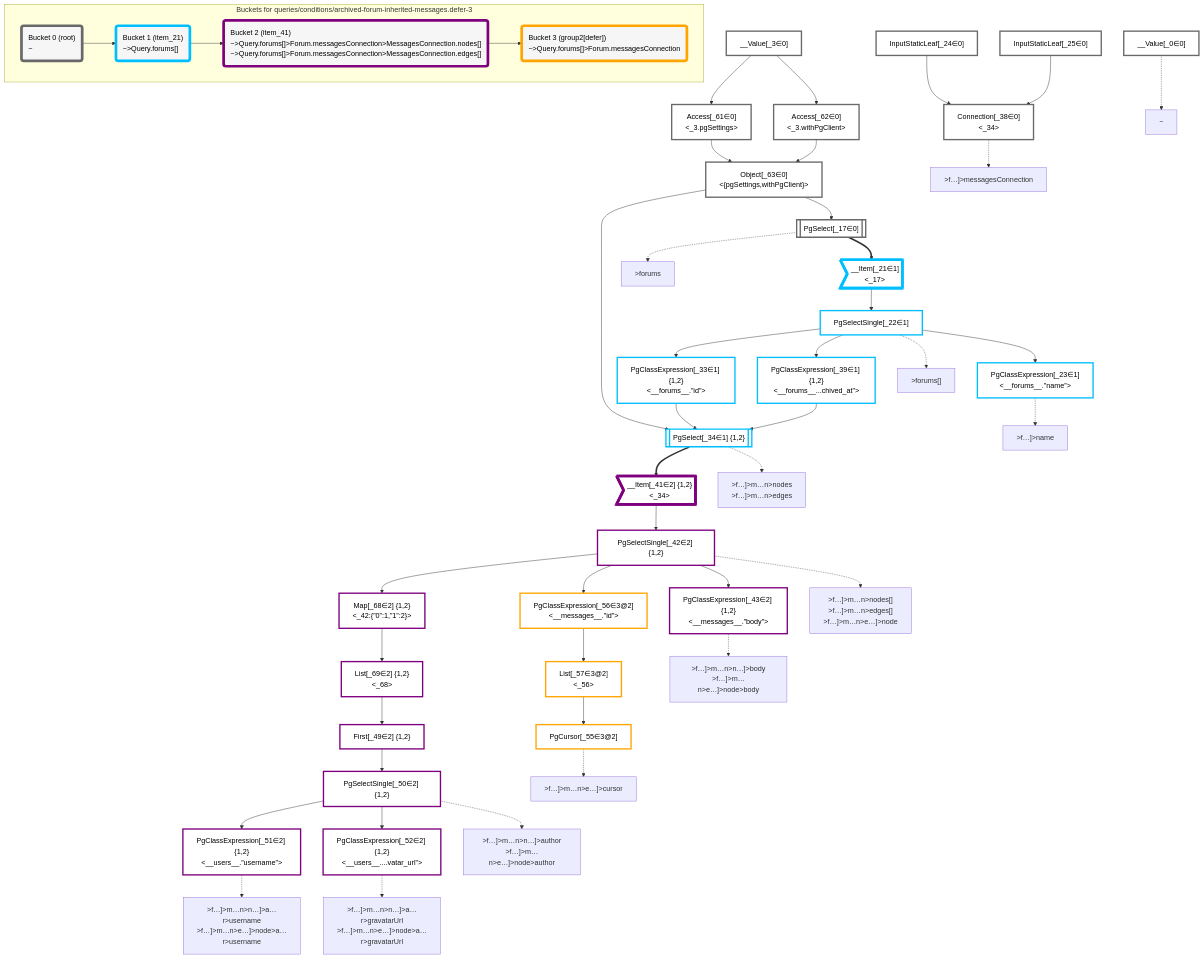
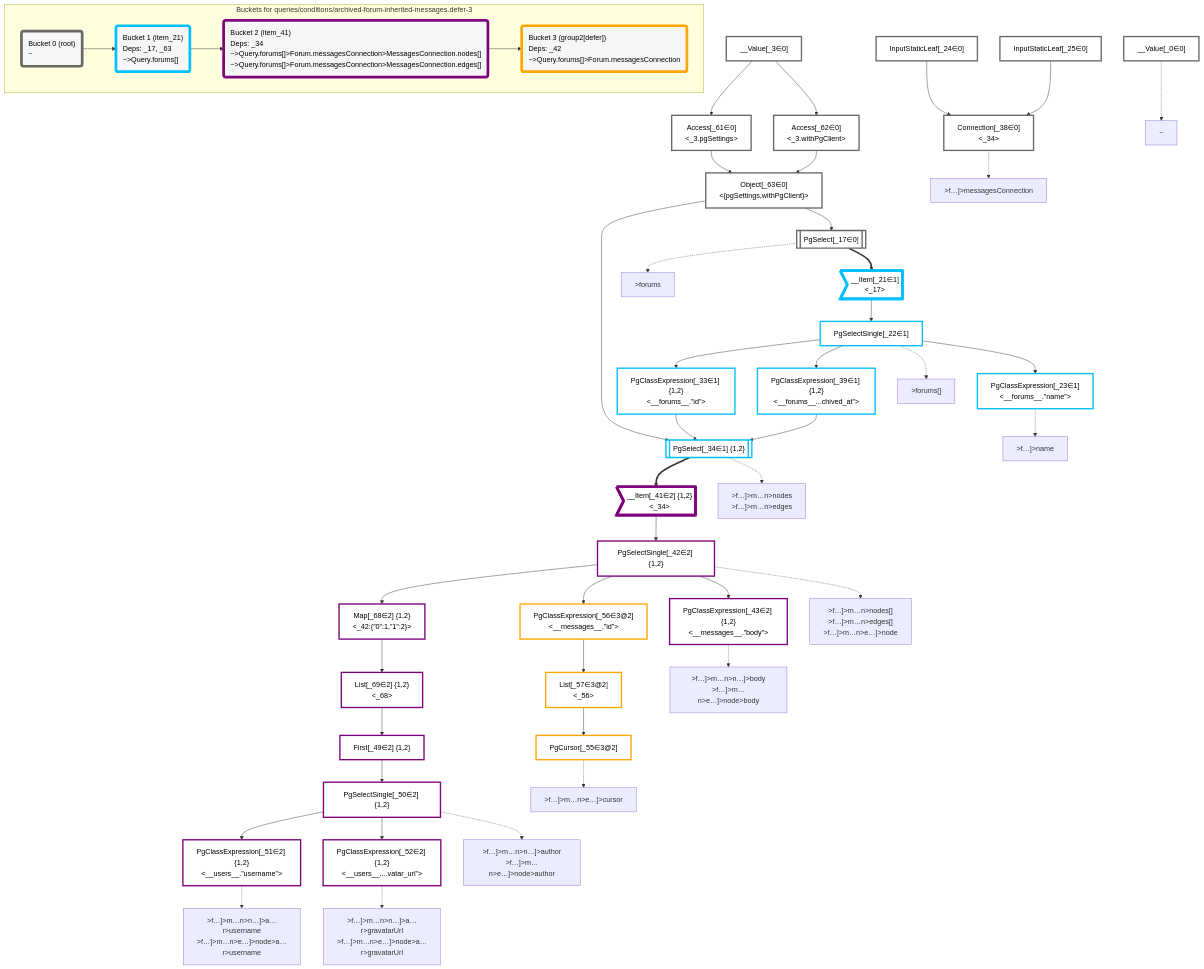
One commit to graphile/crystal changed the diagram in packages/dataplan-pg/__tests__/queries/conditions/archived-forum-inherited-messages.defer-3.mermaid.md. Above: the diagram before and after it, drawn with Mermaid. The commit also changed 157 other files, not shown here.

Commit message:
Add deps to all query snapshots

```diff
--- a/packages/dataplan-pg/__tests__/queries/conditions/archived-forum-inherited-messages.defer-3.mermaid.md
+++ b/packages/dataplan-pg/__tests__/queries/conditions/archived-forum-inherited-messages.defer-3.mermaid.md
@@ -104,13 +104,13 @@
     subgraph "Buckets for queries/conditions/archived-forum-inherited-messages.defer-3"
     Bucket0("Bucket 0 (root)<br />~"):::bucket
     style Bucket0 stroke:#696969
-    Bucket1("Bucket 1 (item_21)<br />~>Query.forums[]"):::bucket
+    Bucket1("Bucket 1 (item_21)<br />Deps: _17, _63<br />~>Query.forums[]"):::bucket
     style Bucket1 stroke:#00bfff
     Bucket0 --> Bucket1
-    Bucket2("Bucket 2 (item_41)<br />~>Query.forums[]>Forum.messagesConnection>MessagesConnection.nodes[]<br />~>Query.forums[]>Forum.messagesConnection>MessagesConnection.edges[]"):::bucket
+    Bucket2("Bucket 2 (item_41)<br />Deps: _34<br />~>Query.forums[]>Forum.messagesConnection>MessagesConnection.nodes[]<br />~>Query.forums[]>Forum.messagesConnection>MessagesConnection.edges[]"):::bucket
     style Bucket2 stroke:#7f007f
     Bucket1 --> Bucket2
-    Bucket3("Bucket 3 (group2[defer])<br />~>Query.forums[]>Forum.messagesConnection"):::bucket
+    Bucket3("Bucket 3 (group2[defer])<br />Deps: _42<br />~>Query.forums[]>Forum.messagesConnection"):::bucket
     style Bucket3 stroke:#ffa500
     Bucket2 --> Bucket3
     end
```
